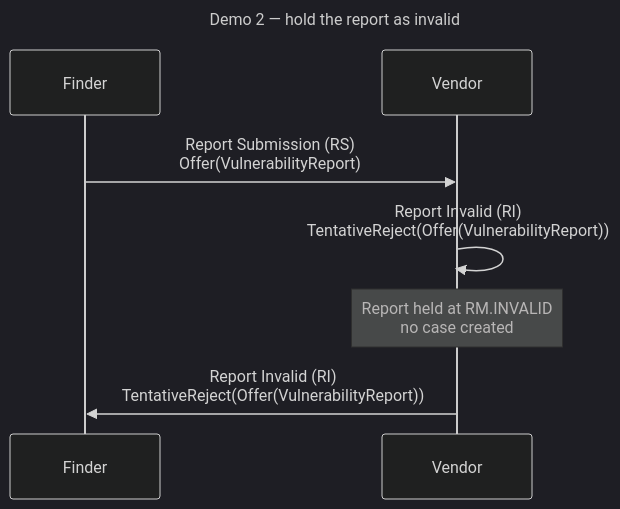
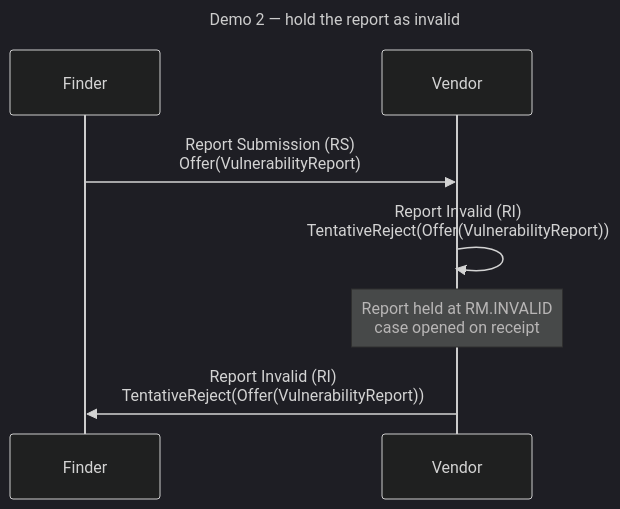
One commit to CERTCC/Vultron changed the second of 3 diagrams in docs/tutorials/receive_report_demo.md. Above: the diagram before and after it, drawn with Mermaid (dark theme). The commit also changed other lines of this file, not shown here.

First line of the commit message:
docs(tutorial): receive-report demo submits through the finder's trigger

````diff
--- a/docs/tutorials/receive_report_demo.md
+++ b/docs/tutorials/receive_report_demo.md
@@ -147,13 +150,13 @@
 ```mermaid
 ---
 title: Demo 2 — hold the report as invalid
 ---
 sequenceDiagram
     participant F as Finder
     participant V as Vendor
 
     F->>V: Report Submission (RS)<br/>Offer(VulnerabilityReport)
     V->>V: Report Invalid (RI)<br/>TentativeReject(Offer(VulnerabilityReport))
-    Note over V: Report held at RM.INVALID<br/>no case created
+    Note over V: Report held at RM.INVALID<br/>case opened on receipt
     V->>F: Report Invalid (RI)<br/>TentativeReject(Offer(VulnerabilityReport))
 ```
````
